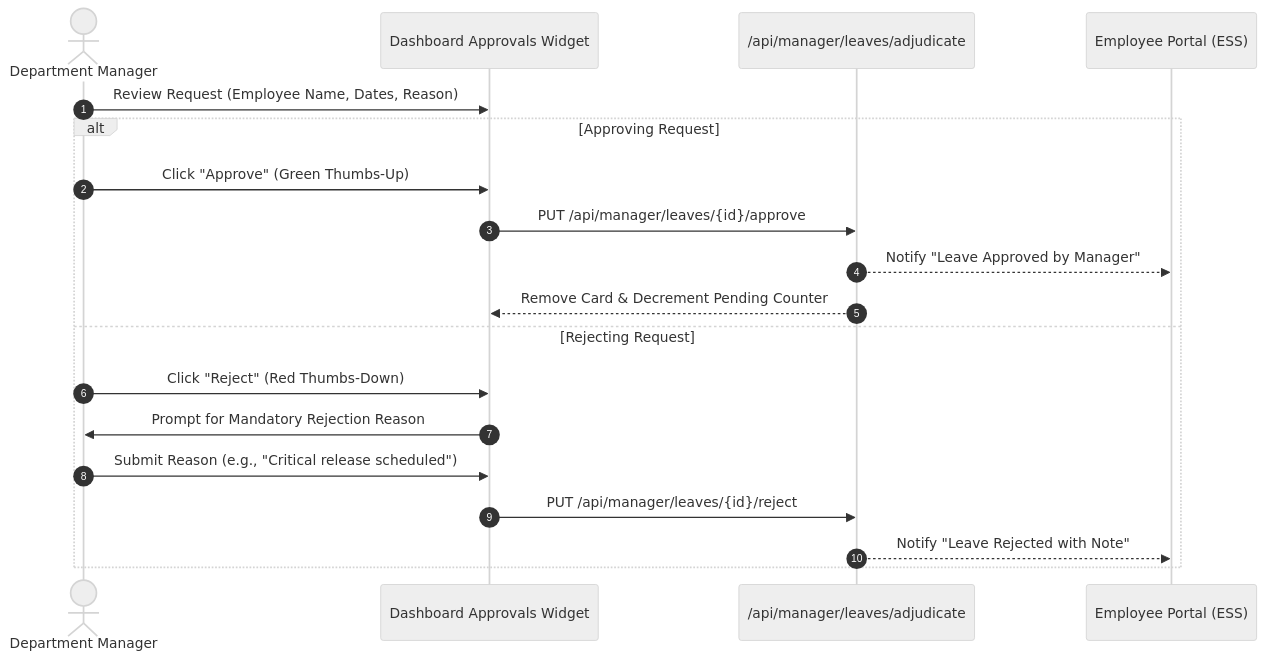
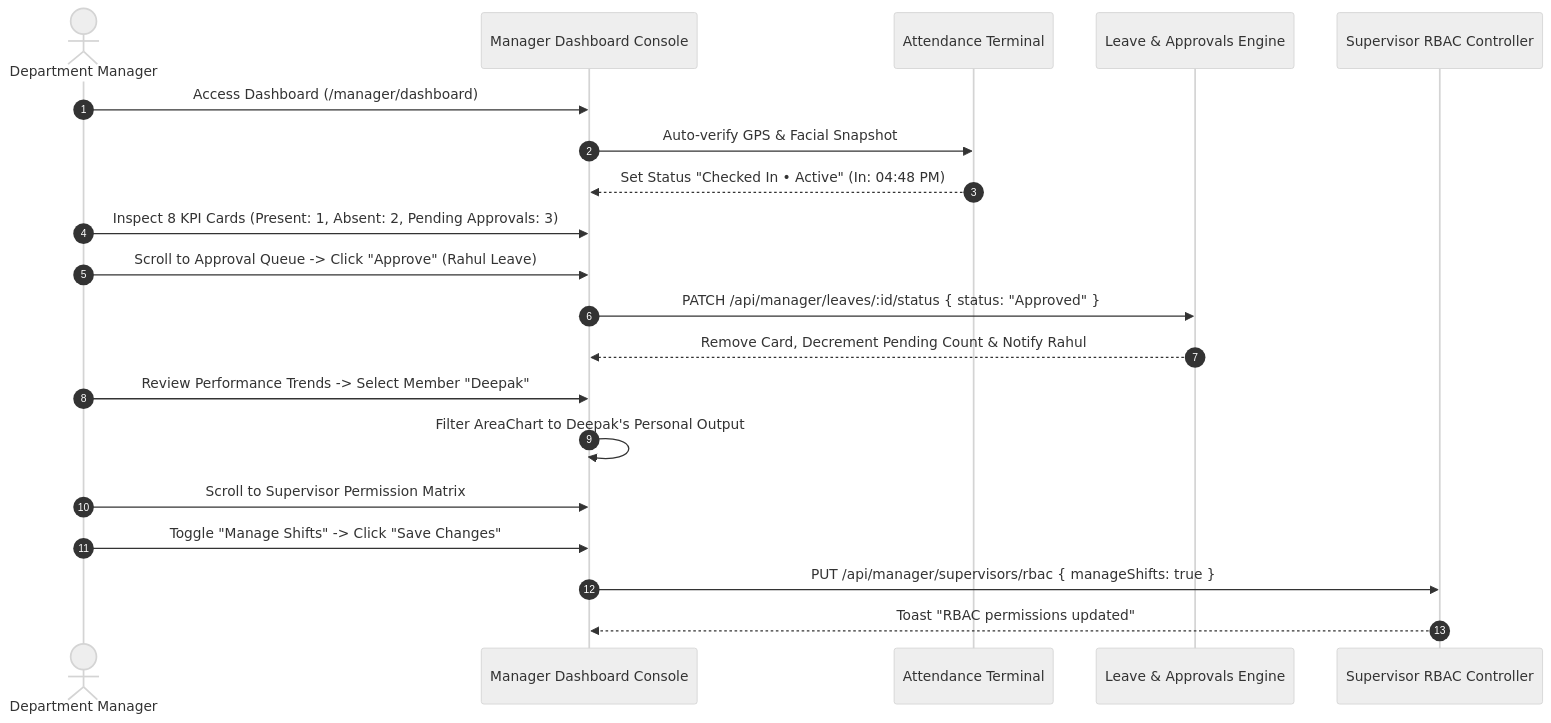
Before and after one commit to SRJ-GROUP/hubnest_user_guide: the diagram in docs/hrms-manager/dashboard.md, drawn with Mermaid (neutral theme). The commit also changed other lines of this file and 161 other files, not shown here.

Commit message:
feat: complete HubMeet suite, supervisor portal docs, diagram fixes, and interactive eye-button zoom modal

````diff
--- a/docs/hrms-manager/dashboard.md
+++ b/docs/hrms-manager/dashboard.md
@@ -62,22 +54,23 @@
 ```mermaid
 sequenceDiagram
     autonumber
     actor Mgr as Department Manager
-    participant UI as Dashboard Approvals Widget
-    participant API as /api/manager/leaves/adjudicate
-    participant Emp as Employee Portal (ESS)
+    participant UI as Manager Dashboard Console
+    participant Att as Attendance Terminal
+    participant Leave as Leave & Approvals Engine
+    participant RBAC as Supervisor RBAC Controller
 
-    Mgr->>UI: Review Request (Employee Name, Dates, Reason)
-    alt Approving Request
-        Mgr->>UI: Click "Approve" (Green Thumbs-Up)
-        UI->>API: PUT /api/manager/leaves/{id}/approve
-        API-->>Emp: Notify "Leave Approved by Manager"
-        API-->>UI: Remove Card & Decrement Pending Counter
-    else Rejecting Request
-        Mgr->>UI: Click "Reject" (Red Thumbs-Down)
-        UI->>Mgr: Prompt for Mandatory Rejection Reason
-        Mgr->>UI: Submit Reason (e.g., "Critical release scheduled")
-        UI->>API: PUT /api/manager/leaves/{id}/reject
-        API-->>Emp: Notify "Leave Rejected with Note"
-    end
+    Mgr->>UI: Access Dashboard (/manager/dashboard)
+    UI->>Att: Auto-verify GPS & Facial Snapshot
+    Att-->>UI: Set Status "Checked In • Active" (In: 04:48 PM)
+    Mgr->>UI: Inspect 8 KPI Cards (Present: 1, Absent: 2, Pending Approvals: 3)
+    Mgr->>UI: Scroll to Approval Queue -> Click "Approve" (Rahul Leave)
+    UI->>Leave: PATCH /api/manager/leaves/:id/status { status: "Approved" }
+    Leave-->>UI: Remove Card, Decrement Pending Count & Notify Rahul
+    Mgr->>UI: Review Performance Trends -> Select Member "Deepak"
+    UI->>UI: Filter AreaChart to Deepak's Personal Output
+    Mgr->>UI: Scroll to Supervisor Permission Matrix
+    Mgr->>UI: Toggle "Manage Shifts" -> Click "Save Changes"
+    UI->>RBAC: PUT /api/manager/supervisors/rbac { manageShifts: true }
+    RBAC-->>UI: Toast "RBAC permissions updated"
 ```
````
